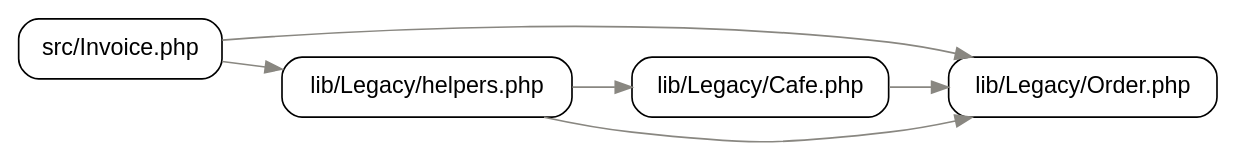
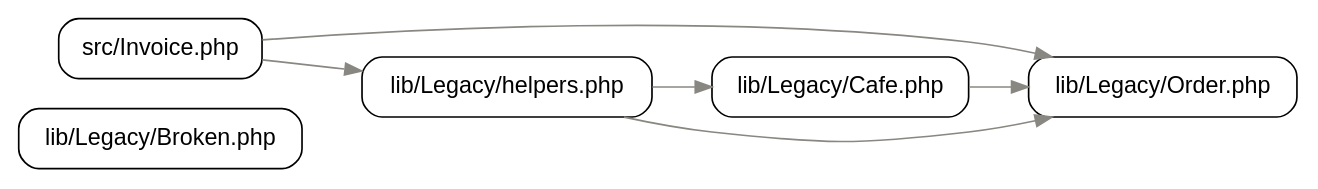
Before and after one commit to krazybean/Untangled: the diagram in conformance/cases/legacy-app/php/expected/graph.dot, drawn with Graphviz. The commit also changed 13 other files, not shown here.

```diff
--- a/conformance/cases/legacy-app/php/expected/graph.dot
+++ b/conformance/cases/legacy-app/php/expected/graph.dot
@@ -1,16 +1,17 @@
 digraph untangled {
   graph [rankdir=LR, fontname="Helvetica"];
   node [shape=box, style=rounded, fontname="Helvetica"];
   edge [color="#898781"];
 
+  "lib/Legacy/Broken.php";
   "lib/Legacy/Cafe.php";
   "lib/Legacy/Order.php";
   "lib/Legacy/helpers.php";
   "src/Invoice.php";
 
   "lib/Legacy/Cafe.php" -> "lib/Legacy/Order.php";
   "lib/Legacy/helpers.php" -> "lib/Legacy/Cafe.php";
   "lib/Legacy/helpers.php" -> "lib/Legacy/Order.php";
   "src/Invoice.php" -> "lib/Legacy/Order.php";
   "src/Invoice.php" -> "lib/Legacy/helpers.php";
 }
```
